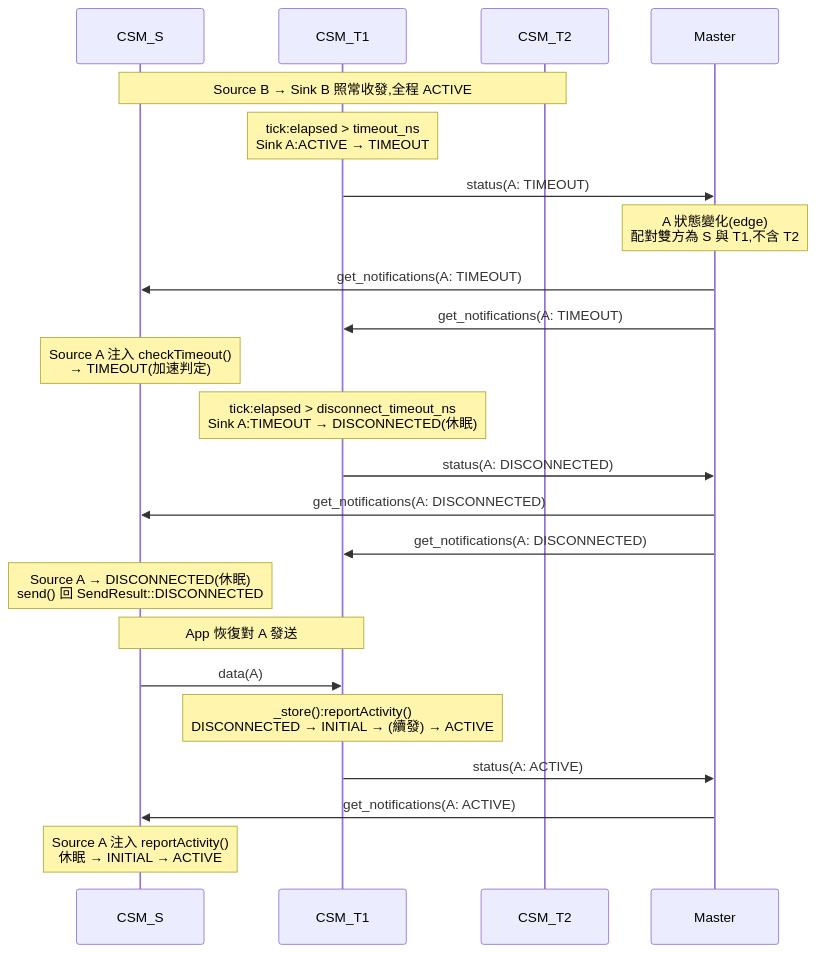
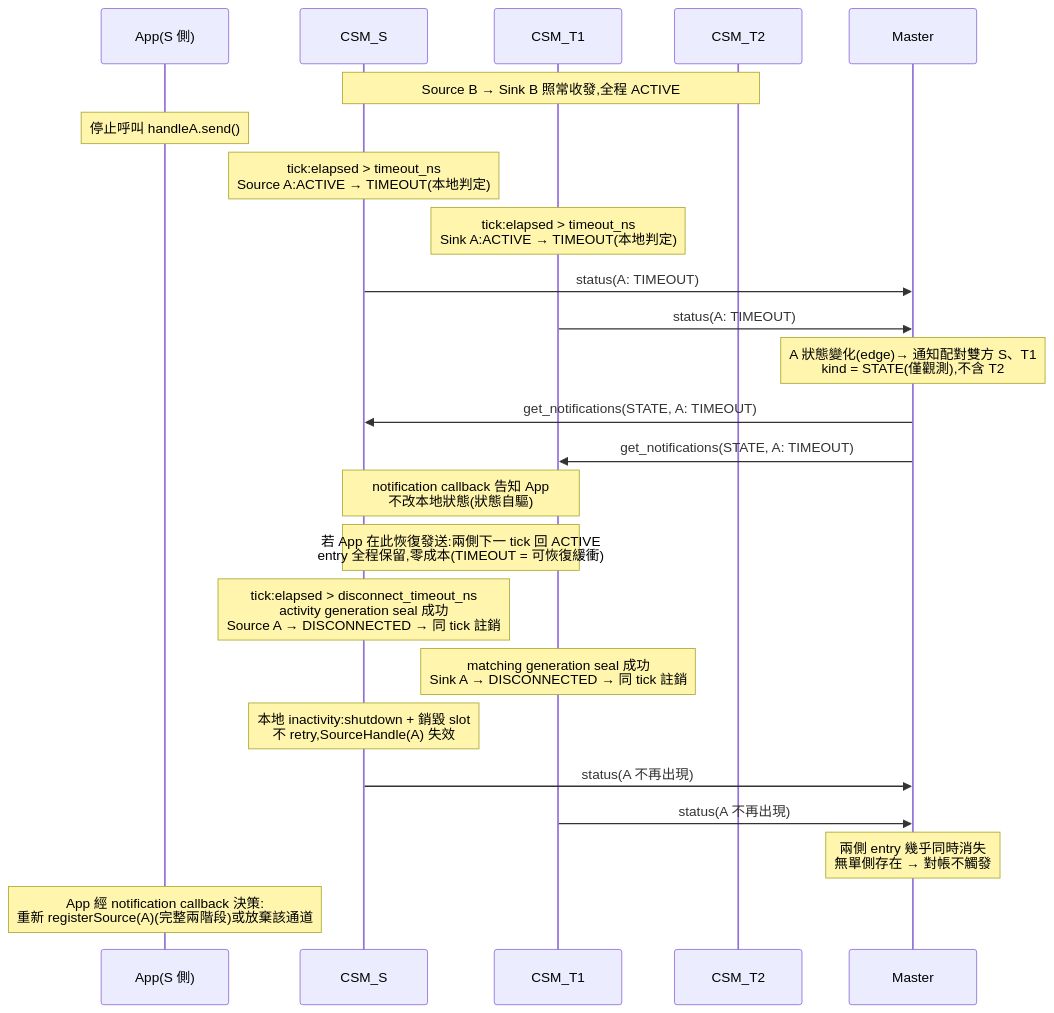
Diagram 15 of 43 in r1_design_draft.md (cocobird231/rv2_project), drawn with Mermaid before and after one commit. The commit also changed other lines of this file and 1 other file, not shown here.

Commit message:
docs: integrate timeout and disconnect design v1.1.0

````diff
--- a/r1_design_draft.md
+++ b/r1_design_draft.md
@@ -1695,28 +2429,29 @@
 ```mermaid
 sequenceDiagram
+    participant App as App(S 側)
     participant S as CSM_S
     participant T1 as CSM_T1
     participant T2 as CSM_T2
     participant M as Master
 
     Note over S,T2: Source B → Sink B 照常收發,全程 ACTIVE
-    Note over T1: tick:elapsed > timeout_ns<br/>Sink A:ACTIVE → TIMEOUT
+    Note over App: 停止呼叫 handleA.send()
+    Note over S: tick:elapsed > timeout_ns<br/>Source A:ACTIVE → TIMEOUT(本地判定)
+    Note over T1: tick:elapsed > timeout_ns<br/>Sink A:ACTIVE → TIMEOUT(本地判定)
+    S->>M: status(A: TIMEOUT)
     T1->>M: status(A: TIMEOUT)
-    Note over M: A 狀態變化(edge)<br/>配對雙方為 S 與 T1,不含 T2
-    M->>S: get_notifications(A: TIMEOUT)
-    M->>T1: get_notifications(A: TIMEOUT)
-    Note over S: Source A 注入 checkTimeout()<br/>→ TIMEOUT(加速判定)
+    Note over M: A 狀態變化(edge)→ 通知配對雙方 S、T1<br/>kind = STATE(僅觀測),不含 T2
+    M->>S: get_notifications(STATE, A: TIMEOUT)
+    M->>T1: get_notifications(STATE, A: TIMEOUT)
+    Note over S,T1: notification callback 告知 App<br/>不改本地狀態(狀態自驅)
 
-    Note over T1: tick:elapsed > disconnect_timeout_ns<br/>Sink A:TIMEOUT → DISCONNECTED(休眠)
-    T1->>M: status(A: DISCONNECTED)
-    M->>S: get_notifications(A: DISCONNECTED)
-    M->>T1: get_notifications(A: DISCONNECTED)
-    Note over S: Source A → DISCONNECTED(休眠)<br/>send() 回 SendResult::DISCONNECTED
+    Note over S,T1: 若 App 在此恢復發送:兩側下一 tick 回 ACTIVE<br/>entry 全程保留,零成本(TIMEOUT = 可恢復緩衝)
 
-    Note over S,T1: App 恢復對 A 發送
-    S->>T1: data(A)
-    Note over T1: _store():reportActivity()<br/>DISCONNECTED → INITIAL → (續發) → ACTIVE
-    T1->>M: status(A: ACTIVE)
-    M->>S: get_notifications(A: ACTIVE)
-    Note over S: Source A 注入 reportActivity()<br/>休眠 → INITIAL → ACTIVE
+    Note over S: tick:elapsed > disconnect_timeout_ns<br/>activity generation seal 成功<br/>Source A → DISCONNECTED → 同 tick 註銷
+    Note over T1: matching generation seal 成功<br/>Sink A → DISCONNECTED → 同 tick 註銷
+    Note over S: 本地 inactivity:shutdown + 銷毀 slot<br/>不 retry,SourceHandle(A) 失效
+    S->>M: status(A 不再出現)
+    T1->>M: status(A 不再出現)
+    Note over M: 兩側 entry 幾乎同時消失<br/>無單側存在 → 對帳不觸發
+    Note over App: App 經 notification callback 決策:<br/>重新 registerSource(A)(完整兩階段)或放棄該通道
 ```
````
